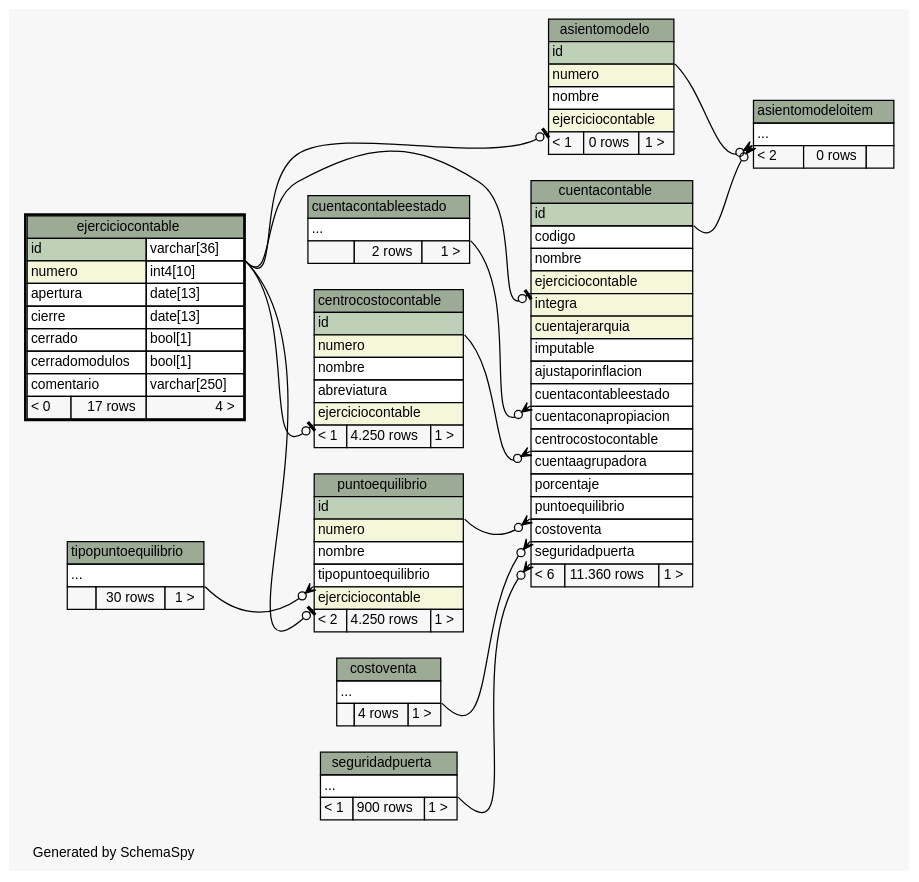
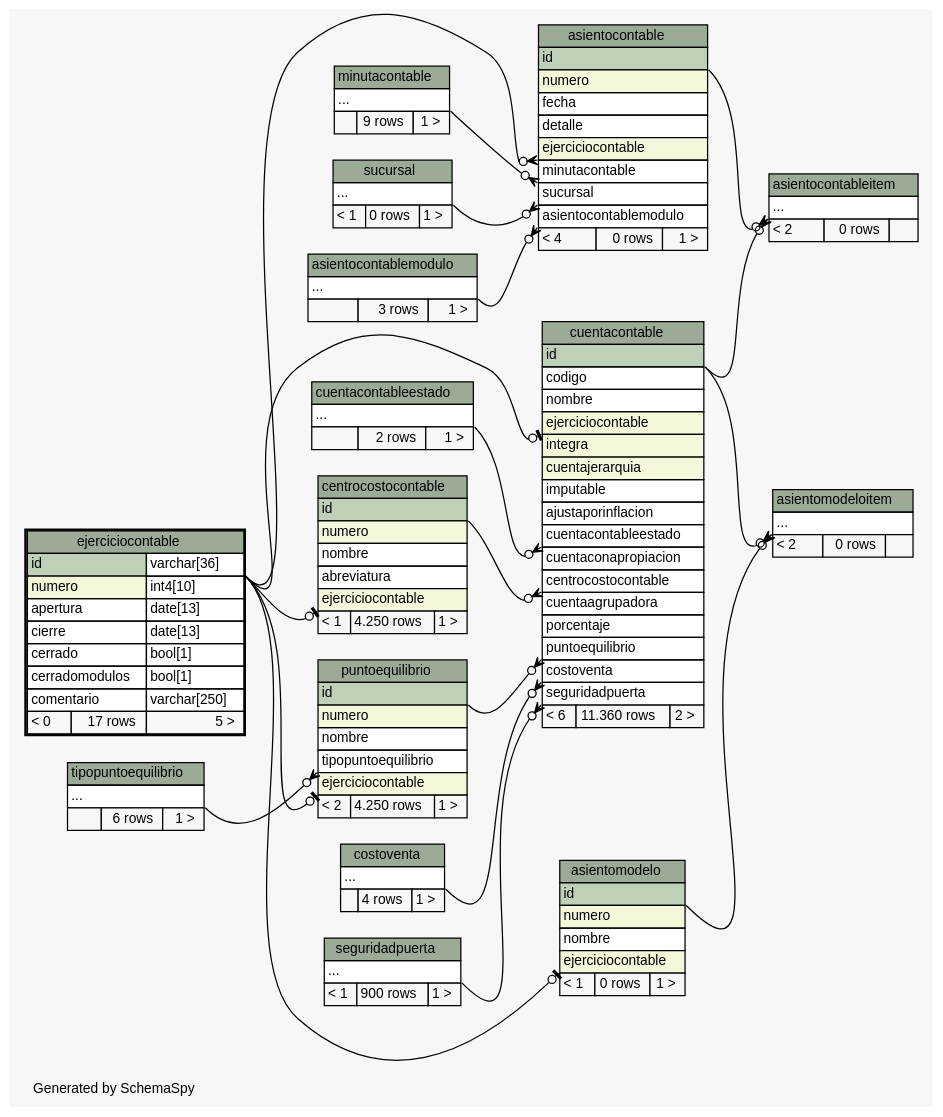
Before and after one commit to diegopablomansilla/ms14: the diagram in files/db/pp/schema/diagrams/ejerciciocontable.2degrees.dot, drawn with Graphviz. The commit also changed 134 other files, not shown here.

```diff
--- a/files/db/pp/schema/diagrams/ejerciciocontable.2degrees.dot
+++ b/files/db/pp/schema/diagrams/ejerciciocontable.2degrees.dot
@@ -19,6 +19,12 @@
   edge [
     arrowsize="0.8"
   ];
+  "asientocontable":"asientocontablemodulo":sw -> "asientocontablemodulo":"elipses":se [arrowhead=none dir=back arrowtail=crowodot];
+  "asientocontable":"ejerciciocontable":sw -> "ejerciciocontable":"id.type":se [arrowhead=none dir=back arrowtail=crowodot];
+  "asientocontable":"minutacontable":sw -> "minutacontable":"elipses":se [arrowhead=none dir=back arrowtail=crowodot];
+  "asientocontable":"sucursal":sw -> "sucursal":"elipses":se [arrowhead=none dir=back arrowtail=crowodot];
+  "asientocontableitem":"elipses":sw -> "asientocontable":"id":se [arrowhead=none dir=back arrowtail=crowodot];
+  "asientocontableitem":"elipses":sw -> "cuentacontable":"id":se [arrowhead=none dir=back arrowtail=crowodot];
   "asientomodelo":"ejerciciocontable":sw -> "ejerciciocontable":"id.type":se [arrowhead=none dir=back arrowtail=teeodot];
   "asientomodeloitem":"elipses":sw -> "asientomodelo":"id":se [arrowhead=none dir=back arrowtail=crowodot];
   "asientomodeloitem":"elipses":sw -> "cuentacontable":"id":se [arrowhead=none dir=back arrowtail=crowodot];
@@ -31,6 +37,43 @@
   "cuentacontable":"seguridadpuerta":sw -> "seguridadpuerta":"elipses":se [arrowhead=none dir=back arrowtail=crowodot];
   "puntoequilibrio":"ejerciciocontable":sw -> "ejerciciocontable":"id.type":se [arrowhead=none dir=back arrowtail=teeodot];
   "puntoequilibrio":"tipopuntoequilibrio":sw -> "tipopuntoequilibrio":"elipses":se [arrowhead=none dir=back arrowtail=crowodot];
+  "asientocontable" [
+    label=<
+    <TABLE BORDER="0" CELLBORDER="1" CELLSPACING="0" BGCOLOR="#ffffff">
+      <TR><TD COLSPAN="3" BGCOLOR="#9bab96" ALIGN="CENTER">asientocontable</TD></TR>
+      <TR><TD PORT="id" COLSPAN="3" BGCOLOR="#bed1b8" ALIGN="LEFT">id</TD></TR>
+      <TR><TD PORT="numero" COLSPAN="3" BGCOLOR="#f4f7da" ALIGN="LEFT">numero</TD></TR>
+      <TR><TD PORT="fecha" COLSPAN="3" ALIGN="LEFT">fecha</TD></TR>
+      <TR><TD PORT="detalle" COLSPAN="3" ALIGN="LEFT">detalle</TD></TR>
+      <TR><TD PORT="ejerciciocontable" COLSPAN="3" BGCOLOR="#f4f7da" ALIGN="LEFT">ejerciciocontable</TD></TR>
+      <TR><TD PORT="minutacontable" COLSPAN="3" ALIGN="LEFT">minutacontable</TD></TR>
+      <TR><TD PORT="sucursal" COLSPAN="3" ALIGN="LEFT">sucursal</TD></TR>
+      <TR><TD PORT="asientocontablemodulo" COLSPAN="3" ALIGN="LEFT">asientocontablemodulo</TD></TR>
+      <TR><TD ALIGN="LEFT" BGCOLOR="#f7f7f7">&lt; 4</TD><TD ALIGN="RIGHT" BGCOLOR="#f7f7f7">0 rows</TD><TD ALIGN="RIGHT" BGCOLOR="#f7f7f7">1 &gt;</TD></TR>
+    </TABLE>>
+    URL="asientocontable.html"
+    tooltip="asientocontable"
+  ];
+  "asientocontableitem" [
+    label=<
+    <TABLE BORDER="0" CELLBORDER="1" CELLSPACING="0" BGCOLOR="#ffffff">
+      <TR><TD COLSPAN="3" BGCOLOR="#9bab96" ALIGN="CENTER">asientocontableitem</TD></TR>
+      <TR><TD PORT="elipses" COLSPAN="3" ALIGN="LEFT">...</TD></TR>
+      <TR><TD ALIGN="LEFT" BGCOLOR="#f7f7f7">&lt; 2</TD><TD ALIGN="RIGHT" BGCOLOR="#f7f7f7">0 rows</TD><TD ALIGN="RIGHT" BGCOLOR="#f7f7f7">  </TD></TR>
+    </TABLE>>
+    URL="asientocontableitem.html"
+    tooltip="asientocontableitem"
+  ];
+  "asientocontablemodulo" [
+    label=<
+    <TABLE BORDER="0" CELLBORDER="1" CELLSPACING="0" BGCOLOR="#ffffff">
+      <TR><TD COLSPAN="3" BGCOLOR="#9bab96" ALIGN="CENTER">asientocontablemodulo</TD></TR>
+      <TR><TD PORT="elipses" COLSPAN="3" ALIGN="LEFT">...</TD></TR>
+      <TR><TD ALIGN="LEFT" BGCOLOR="#f7f7f7">  </TD><TD ALIGN="RIGHT" BGCOLOR="#f7f7f7">3 rows</TD><TD ALIGN="RIGHT" BGCOLOR="#f7f7f7">1 &gt;</TD></TR>
+    </TABLE>>
+    URL="asientocontablemodulo.html"
+    tooltip="asientocontablemodulo"
+  ];
   "asientomodelo" [
     label=<
     <TABLE BORDER="0" CELLBORDER="1" CELLSPACING="0" BGCOLOR="#ffffff">
@@ -98,7 +141,7 @@
       <TR><TD PORT="puntoequilibrio" COLSPAN="3" ALIGN="LEFT">puntoequilibrio</TD></TR>
       <TR><TD PORT="costoventa" COLSPAN="3" ALIGN="LEFT">costoventa</TD></TR>
       <TR><TD PORT="seguridadpuerta" COLSPAN="3" ALIGN="LEFT">seguridadpuerta</TD></TR>
-      <TR><TD ALIGN="LEFT" BGCOLOR="#f7f7f7">&lt; 6</TD><TD ALIGN="RIGHT" BGCOLOR="#f7f7f7">11.360 rows</TD><TD ALIGN="RIGHT" BGCOLOR="#f7f7f7">1 &gt;</TD></TR>
+      <TR><TD ALIGN="LEFT" BGCOLOR="#f7f7f7">&lt; 6</TD><TD ALIGN="RIGHT" BGCOLOR="#f7f7f7">11.360 rows</TD><TD ALIGN="RIGHT" BGCOLOR="#f7f7f7">2 &gt;</TD></TR>
     </TABLE>>
     URL="cuentacontable.html"
     tooltip="cuentacontable"
@@ -124,10 +167,20 @@
       <TR><TD PORT="cerrado" COLSPAN="2" ALIGN="LEFT">cerrado</TD><TD PORT="cerrado.type" ALIGN="LEFT">bool[1]</TD></TR>
       <TR><TD PORT="cerradomodulos" COLSPAN="2" ALIGN="LEFT">cerradomodulos</TD><TD PORT="cerradomodulos.type" ALIGN="LEFT">bool[1]</TD></TR>
       <TR><TD PORT="comentario" COLSPAN="2" ALIGN="LEFT">comentario</TD><TD PORT="comentario.type" ALIGN="LEFT">varchar[250]</TD></TR>
-      <TR><TD ALIGN="LEFT" BGCOLOR="#f7f7f7">&lt; 0</TD><TD ALIGN="RIGHT" BGCOLOR="#f7f7f7">17 rows</TD><TD ALIGN="RIGHT" BGCOLOR="#f7f7f7">4 &gt;</TD></TR>
+      <TR><TD ALIGN="LEFT" BGCOLOR="#f7f7f7">&lt; 0</TD><TD ALIGN="RIGHT" BGCOLOR="#f7f7f7">17 rows</TD><TD ALIGN="RIGHT" BGCOLOR="#f7f7f7">5 &gt;</TD></TR>
     </TABLE>>
     URL="ejerciciocontable.html"
     tooltip="ejerciciocontable"
+  ];
+  "minutacontable" [
+    label=<
+    <TABLE BORDER="0" CELLBORDER="1" CELLSPACING="0" BGCOLOR="#ffffff">
+      <TR><TD COLSPAN="3" BGCOLOR="#9bab96" ALIGN="CENTER">minutacontable</TD></TR>
+      <TR><TD PORT="elipses" COLSPAN="3" ALIGN="LEFT">...</TD></TR>
+      <TR><TD ALIGN="LEFT" BGCOLOR="#f7f7f7">  </TD><TD ALIGN="RIGHT" BGCOLOR="#f7f7f7">9 rows</TD><TD ALIGN="RIGHT" BGCOLOR="#f7f7f7">1 &gt;</TD></TR>
+    </TABLE>>
+    URL="minutacontable.html"
+    tooltip="minutacontable"
   ];
   "puntoequilibrio" [
     label=<
@@ -153,12 +206,22 @@
     URL="seguridadpuerta.html"
     tooltip="seguridadpuerta"
   ];
+  "sucursal" [
+    label=<
+    <TABLE BORDER="0" CELLBORDER="1" CELLSPACING="0" BGCOLOR="#ffffff">
+      <TR><TD COLSPAN="3" BGCOLOR="#9bab96" ALIGN="CENTER">sucursal</TD></TR>
+      <TR><TD PORT="elipses" COLSPAN="3" ALIGN="LEFT">...</TD></TR>
+      <TR><TD ALIGN="LEFT" BGCOLOR="#f7f7f7">&lt; 1</TD><TD ALIGN="RIGHT" BGCOLOR="#f7f7f7">0 rows</TD><TD ALIGN="RIGHT" BGCOLOR="#f7f7f7">1 &gt;</TD></TR>
+    </TABLE>>
+    URL="sucursal.html"
+    tooltip="sucursal"
+  ];
   "tipopuntoequilibrio" [
     label=<
     <TABLE BORDER="0" CELLBORDER="1" CELLSPACING="0" BGCOLOR="#ffffff">
       <TR><TD COLSPAN="3" BGCOLOR="#9bab96" ALIGN="CENTER">tipopuntoequilibrio</TD></TR>
       <TR><TD PORT="elipses" COLSPAN="3" ALIGN="LEFT">...</TD></TR>
-      <TR><TD ALIGN="LEFT" BGCOLOR="#f7f7f7">  </TD><TD ALIGN="RIGHT" BGCOLOR="#f7f7f7">30 rows</TD><TD ALIGN="RIGHT" BGCOLOR="#f7f7f7">1 &gt;</TD></TR>
+      <TR><TD ALIGN="LEFT" BGCOLOR="#f7f7f7">  </TD><TD ALIGN="RIGHT" BGCOLOR="#f7f7f7">6 rows</TD><TD ALIGN="RIGHT" BGCOLOR="#f7f7f7">1 &gt;</TD></TR>
     </TABLE>>
     URL="tipopuntoequilibrio.html"
     tooltip="tipopuntoequilibrio"
```
